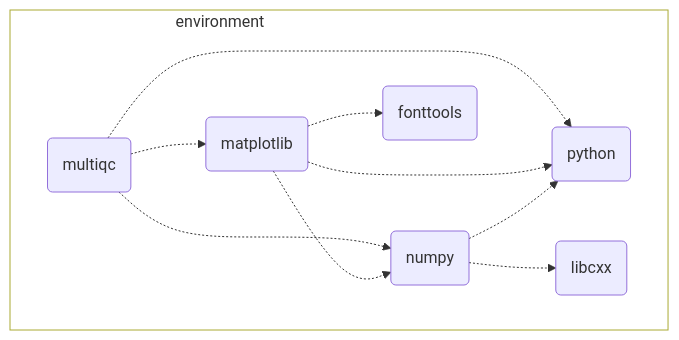
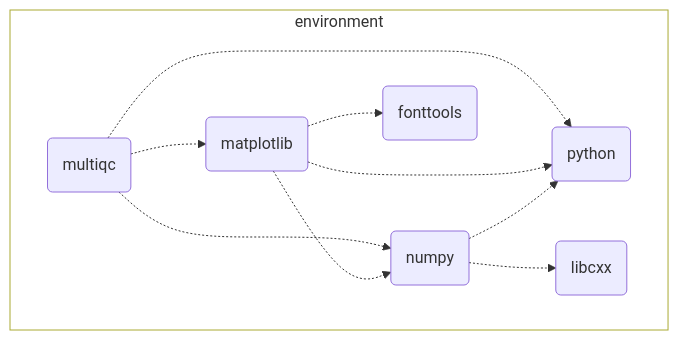
Before and after one commit to NBISweden/workshop-reproducible-research: the fourth of 7 diagrams in lectures/conda/conda.qmd, drawn with Mermaid. The commit also changed other lines of this file and 1 other file, not shown here.

````diff
--- a/lectures/conda/conda.qmd
+++ b/lectures/conda/conda.qmd
@@ -88,15 +73,15 @@
 ```{mermaid}
 flowchart LR
-    subgraph environment&nbsp&nbsp&nbsp&nbsp&nbsp&nbsp&nbsp&nbsp&nbsp&nbsp&nbsp&nbsp&nbsp&nbsp&nbsp&nbsp&nbsp&nbsp&nbsp&nbsp&nbsp&nbsp&nbsp&nbsp&nbsp&nbsp&nbsp&nbsp&nbsp&nbsp&nbsp&nbsp&nbsp&nbsp&nbsp&nbsp&nbsp&nbsp&nbsp&nbsp&nbsp&nbsp&nbsp&nbsp&nbsp&nbsp&nbsp&nbsp&nbsp&nbsp&nbsp&nbsp&nbsp&nbsp&nbsp&nbsp&nbsp&nbsp&nbsp&nbsp
-    style environment&nbsp&nbsp&nbsp&nbsp&nbsp&nbsp&nbsp&nbsp&nbsp&nbsp&nbsp&nbsp&nbsp&nbsp&nbsp&nbsp&nbsp&nbsp&nbsp&nbsp&nbsp&nbsp&nbsp&nbsp&nbsp&nbsp&nbsp&nbsp&nbsp&nbsp&nbsp&nbsp&nbsp&nbsp&nbsp&nbsp&nbsp&nbsp&nbsp&nbsp&nbsp&nbsp&nbsp&nbsp&nbsp&nbsp&nbsp&nbsp&nbsp&nbsp&nbsp&nbsp&nbsp&nbsp&nbsp&nbsp&nbsp&nbsp&nbsp&nbsp fill:#ffffff, stroke-width:1px
+    subgraph environment
+    style environment fill:#ffffff, stroke-width:1px
     direction LR
     multiqc(multiqc) -.-> numpy(numpy)
     multiqc -.-> matplotlib(matplotlib)
     multiqc -.-> python(python)
     matplotlib -.-> python
     matplotlib -.-> numpy
     matplotlib -.-> fonttools(fonttools)
     numpy-.->python
     numpy -.-> libcxx(libcxx)
     end
 ```
````
